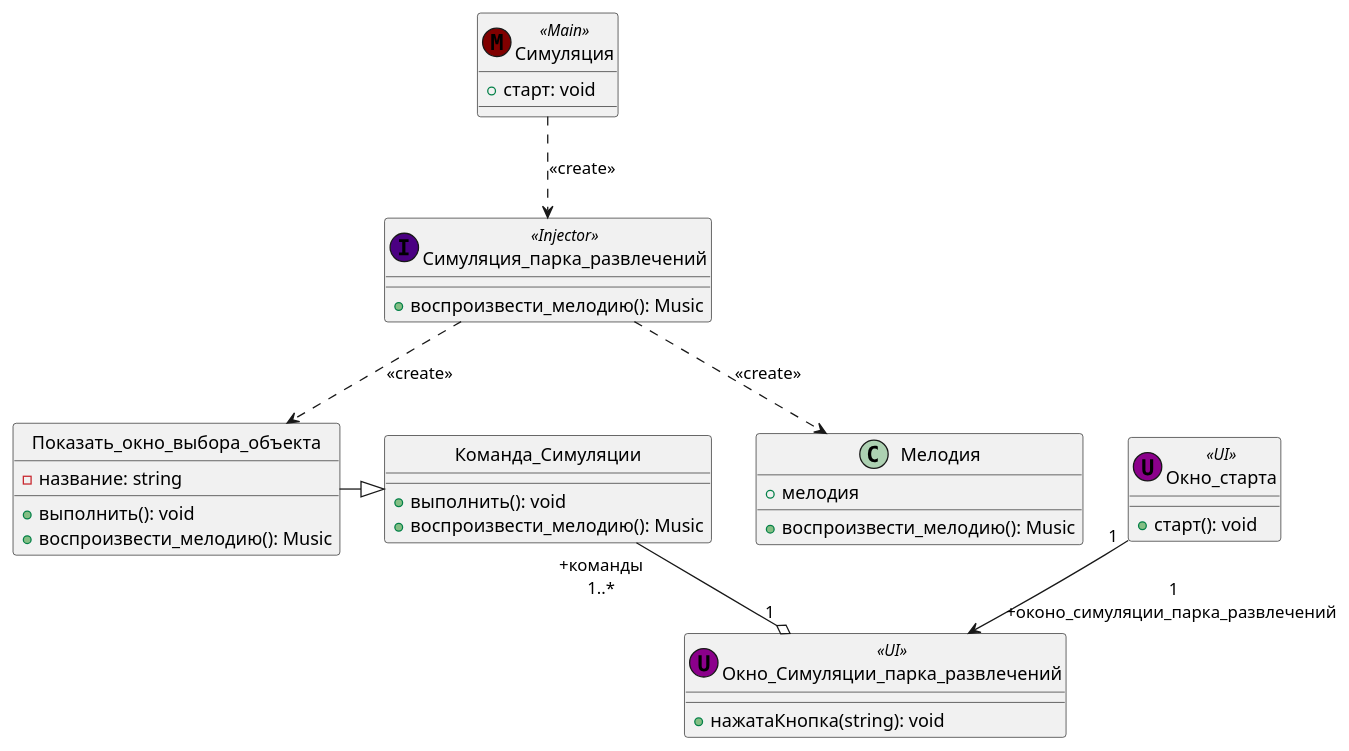
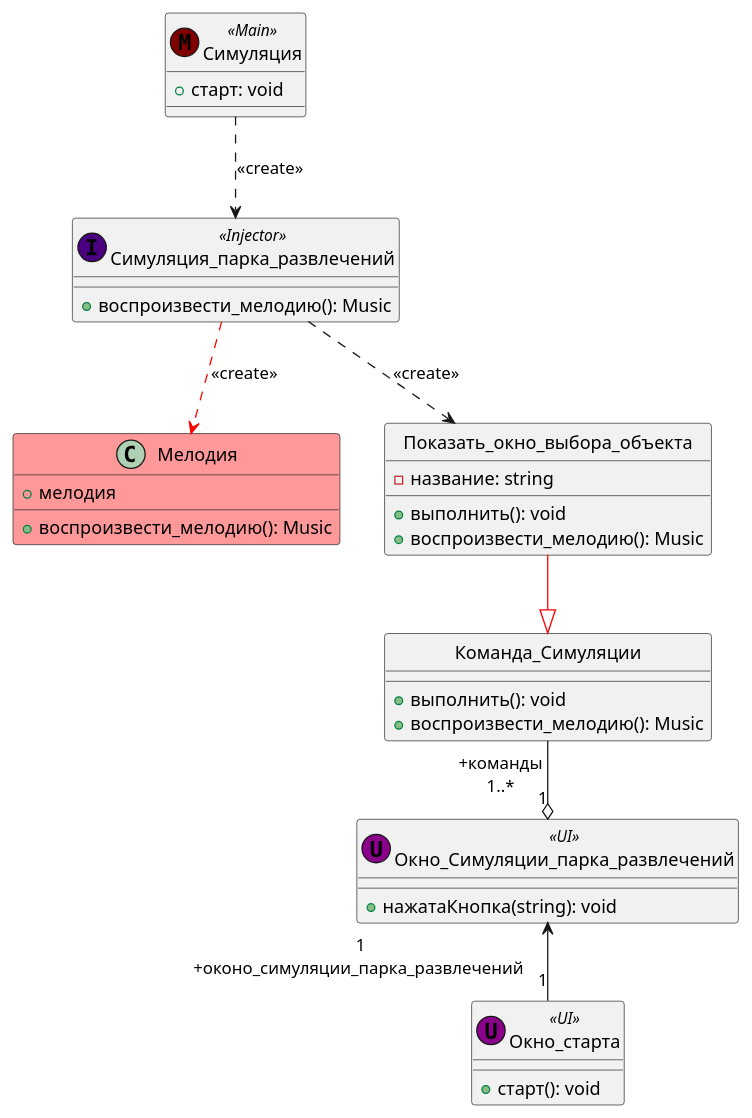
Before and after one commit to mzhirko/amusement-park: the diagram in description/diagrams/diagrams-ru/development-class/class-develop-music.wsd, drawn with PlantUML. The commit also changed 11 other files, not shown here.

Commit message:
Add colors to the development diagrams && LES FINALES

```diff
--- a/description/diagrams/diagrams-ru/development-class/class-develop-music.wsd
+++ b/description/diagrams/diagrams-ru/development-class/class-develop-music.wsd
@@ -1,44 +1,44 @@
 @startuml
 Симуляция ..> Симуляция_парка_развлечений: <<create>>
-Симуляция_парка_развлечений ..> Мелодия: <<create>>
+Симуляция_парка_развлечений .[#red].> Мелодия: <<create>>
 
 class Симуляция_парка_развлечений << (I,Indigo) Injector >> {
 + воспроизвести_мелодию(): Music
 }
 
 class Показать_окно_выбора_объекта {
     - название: string
     + выполнить(): void
     + воспроизвести_мелодию(): Music
 }
 
 class Симуляция << (M,Maroon) Main >> {
 + старт: void
 }
 
 class Окно_старта << (U,DarkMagenta) UI>> {
     + старт(): void
 }
 
 class Команда_Симуляции {
     + выполнить(): void
     + воспроизвести_мелодию(): Music
 }
 
 class Окно_Симуляции_парка_развлечений << (U,DarkMagenta) UI>> {
     + нажатаКнопка(string): void
 }
 
-class Мелодия {
+class Мелодия #ff9999 {
     + воспроизвести_мелодию(): Music
     + мелодия
 }
 
 hide Показать_окно_выбора_объекта circle
 hide Команда_Симуляции circle
 
 Симуляция_парка_развлечений ..> Показать_окно_выбора_объекта: <<create>>
-Показать_окно_выбора_объекта -right-|> Команда_Симуляции
+Показать_окно_выбора_объекта -[#red]-|> Команда_Симуляции
 Команда_Симуляции " +команды\n 1..*" --o "1" Окно_Симуляции_парка_развлечений
-Окно_старта "1" -->" 1\n+оконо_симуляции_парка_развлечений" Окно_Симуляции_парка_развлечений
+Окно_старта "1" -up->" 1\n+оконо_симуляции_парка_развлечений" Окно_Симуляции_парка_развлечений
 @enduml
```
